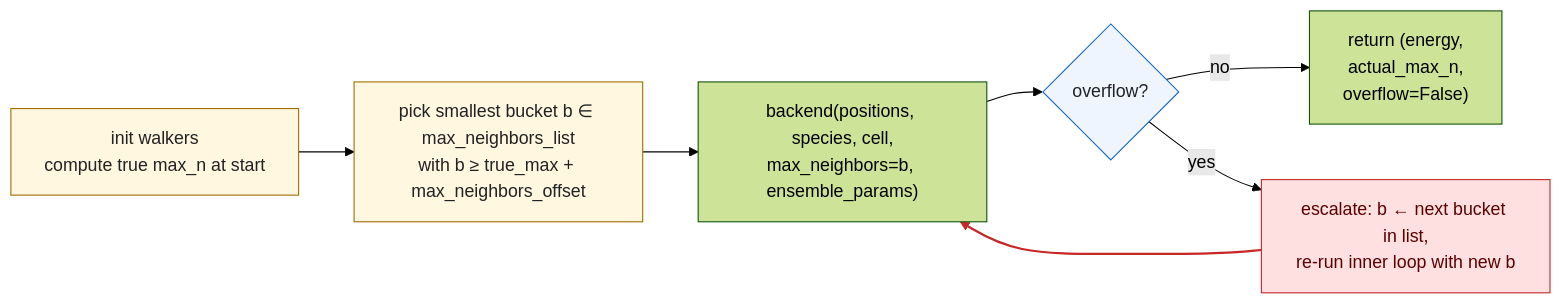
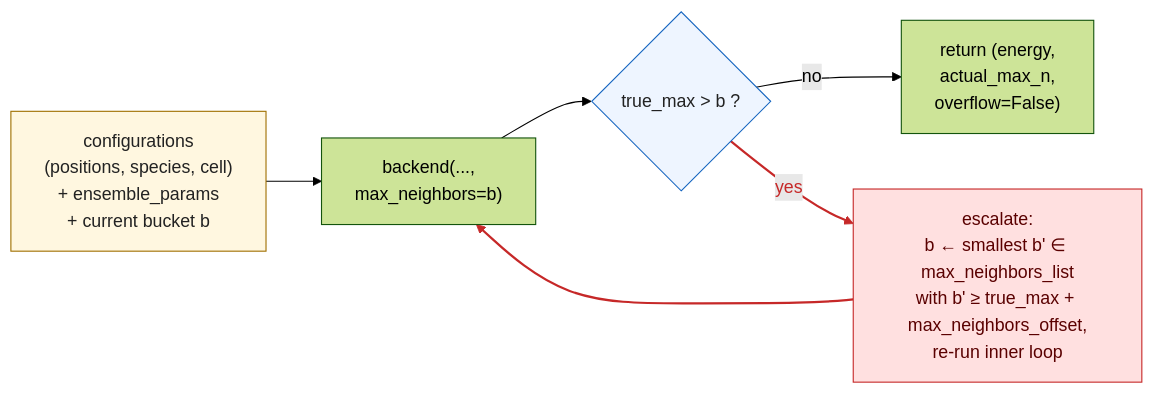
Before and after one commit to nunglert/jaxrens: the second of 2 diagrams in docs/user/concepts/backends.md, drawn with Mermaid (forest theme). The commit also changed other lines of this file and 18 other files, not shown here.

````diff
--- a/docs/user/concepts/backends.md
+++ b/docs/user/concepts/backends.md
@@ -66,19 +91,18 @@
 ```{mermaid}
 flowchart LR
-    INIT["init walkers<br/>compute true max_n at start"]
-    INIT --> BUCKET["pick smallest bucket b ∈ max_neighbors_list<br/>with b ≥ true_max + max_neighbors_offset"]
-    BUCKET --> CALL["backend(positions, species, cell,<br/>max_neighbors=b, ensemble_params)"]
-    CALL --> RES{"overflow?"}
-    RES -- "no" --> NEXT["return (energy,<br/>actual_max_n,<br/>overflow=False)"]
-    RES -- "yes" --> ESC["escalate: b ← next bucket in list,<br/>re-run inner loop with new b"]
+    CFG["configurations<br/>(positions, species, cell)<br/>+ ensemble_params<br/>+ current bucket b"]
+    CFG --> CALL["backend(...,<br/>max_neighbors=b)"]
+    CALL --> RES{"true_max &gt; b ?"}
+    RES -- "no" --> OK["return (energy,<br/>actual_max_n,<br/>overflow=False)"]
+    RES -- "yes" --> ESC["escalate:<br/>b ← smallest b' ∈ max_neighbors_list<br/>with b' ≥ true_max + max_neighbors_offset,<br/>re-run inner loop"]
     ESC --> CALL
 
-    classDef init fill:#fff7e0,stroke:#a07000,color:#222
+    classDef input fill:#fff7e0,stroke:#a07000,color:#222
     classDef decision fill:#eef5ff,stroke:#1565c0,color:#222
     classDef esc fill:#ffe0e0,stroke:#c62828,color:#5a0000
-    class INIT,BUCKET init
+    class CFG input
     class RES decision
     class ESC esc
 
-    linkStyle 5 stroke:#c62828,color:#c62828,stroke-width:2px
+    linkStyle 3,4 stroke:#c62828,color:#c62828,stroke-width:2px
 ```
````
